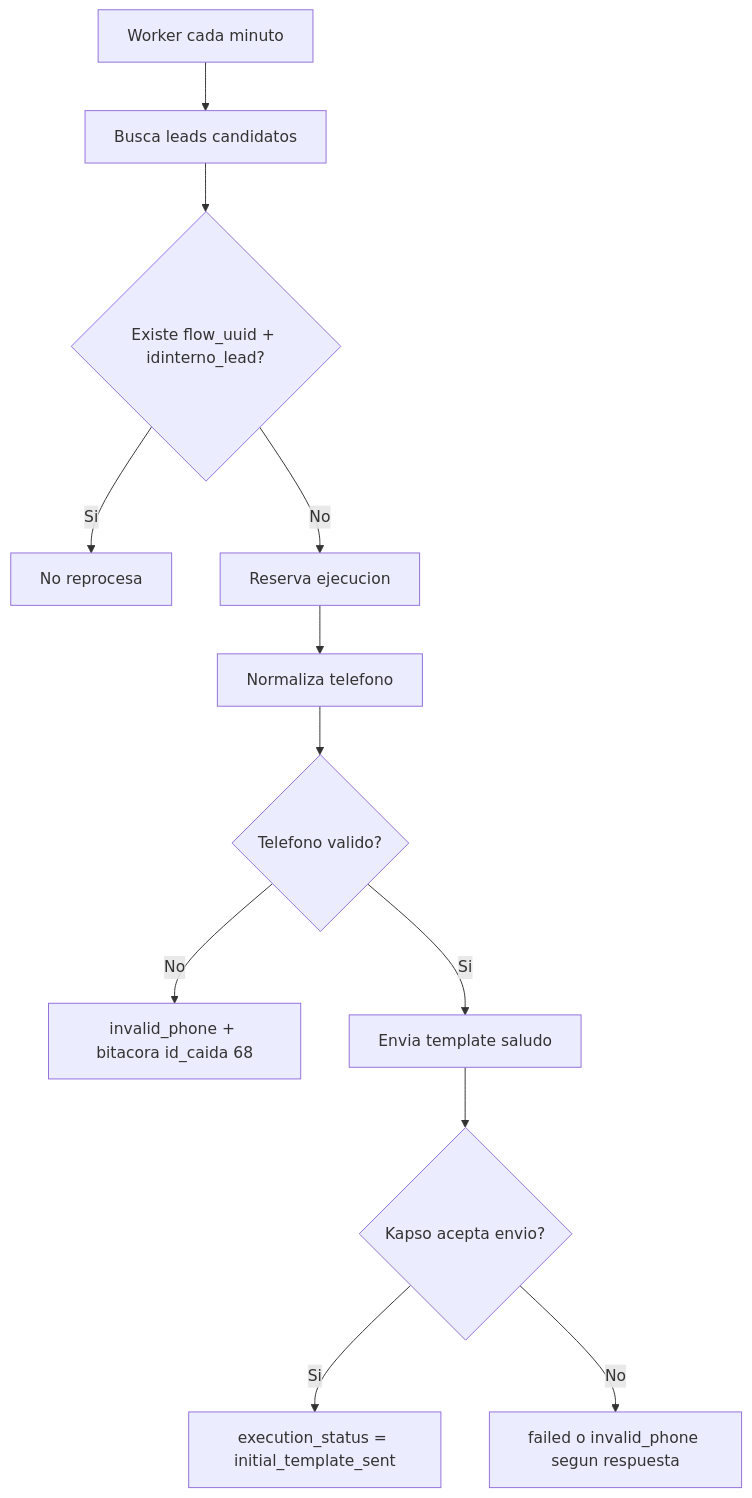
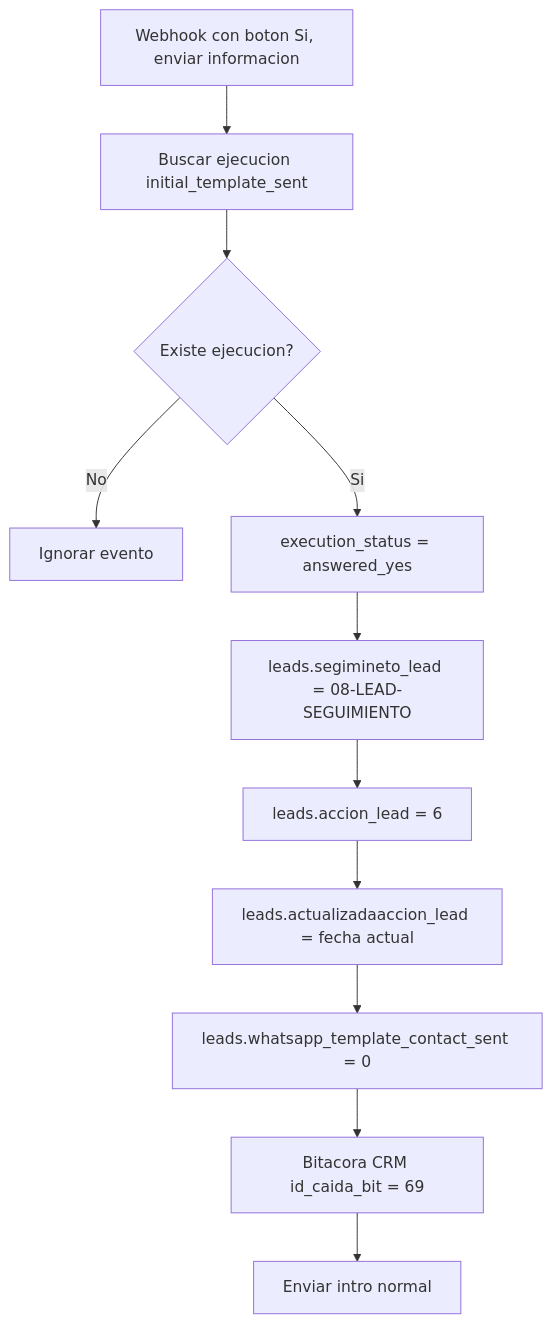
One commit to roccacr/CRM_VENTAS changed the fifth of 7 diagrams in README.md. Above: the diagram before and after it, drawn with Mermaid. The commit also changed other lines of this file and 15 other files, not shown here.

````diff
--- a/README.md
+++ b/README.md
@@ -365,14 +356,13 @@
 ```mermaid
 flowchart TD
-  A["Worker cada minuto"] --> B["Busca leads candidatos"]
-  B --> C{"Existe flow_uuid + idinterno_lead?"}
-  C -- "Si" --> D["No reprocesa"]
-  C -- "No" --> E["Reserva ejecucion"]
-  E --> F["Normaliza telefono"]
-  F --> G{"Telefono valido?"}
-  G -- "No" --> H["invalid_phone + bitacora id_caida 68"]
-  G -- "Si" --> I["Envia template saludo"]
-  I --> J{"Kapso acepta envio?"}
-  J -- "Si" --> K["execution_status = initial_template_sent"]
-  J -- "No" --> L["failed o invalid_phone segun respuesta"]
+  A["Webhook con boton Si, enviar informacion"] --> B["Buscar ejecucion initial_template_sent"]
+  B --> C{"Existe ejecucion?"}
+  C -- "No" --> X["Ignorar evento"]
+  C -- "Si" --> D["execution_status = answered_yes"]
+  D --> E["leads.segimineto_lead = 08-LEAD-SEGUIMIENTO"]
+  E --> F["leads.accion_lead = 6"]
+  F --> G["leads.actualizadaaccion_lead = fecha actual"]
+  G --> H["leads.whatsapp_template_contact_sent = 0"]
+  H --> I["Bitacora CRM id_caida_bit = 69"]
+  I --> J["Enviar intro normal"]
 ```
````
